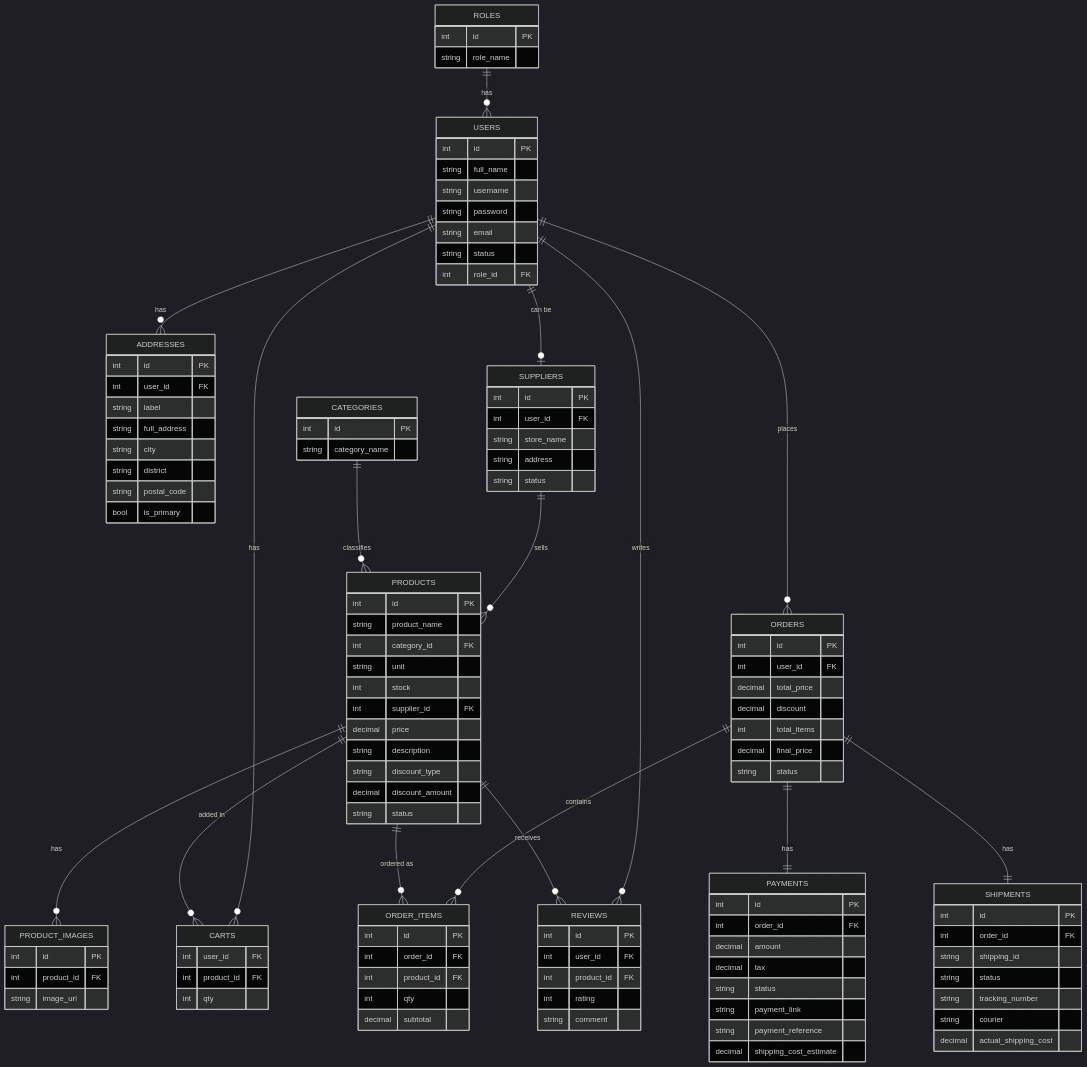
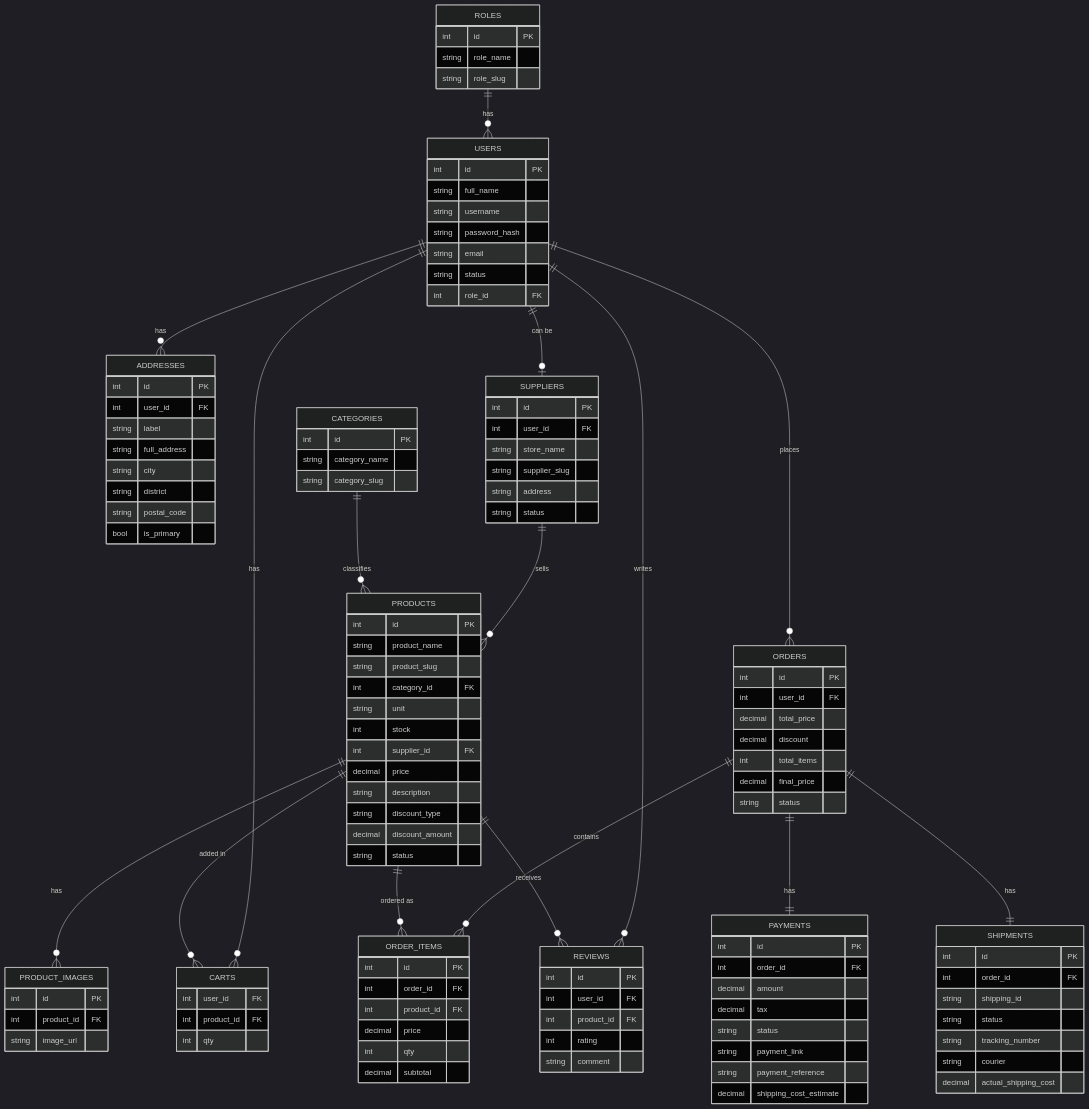
Before and after one commit to Djarottosca/finalproject-ftgo-1: the sixth of 6 diagrams in PLANS.md, drawn with Mermaid (dark theme). The commit also changed other lines of this file and 27 other files, not shown here.

First line of the commit message:
feat: add database schema migrations

```diff
--- a/PLANS.md
+++ b/PLANS.md
@@ -210,7 +210,7 @@
         int id PK
         string full_name
         string username
-        string password
+        string password_hash
         string email
         string status
         int role_id FK
@@ -218,11 +218,13 @@
     ROLES {
         int id PK
         string role_name
+        string role_slug
     }
     SUPPLIERS {
         int id PK
         int user_id FK
         string store_name
+        string supplier_slug
         string address
         string status
     }
@@ -239,10 +241,12 @@
     CATEGORIES {
         int id PK
         string category_name
+        string category_slug
     }
     PRODUCTS {
         int id PK
         string product_name
+        string product_slug
         int category_id FK
         string unit
         int stock
@@ -276,6 +280,7 @@
         int id PK
         int order_id FK
         int product_id FK
+        decimal price
         int qty
         decimal subtotal
     }
```
